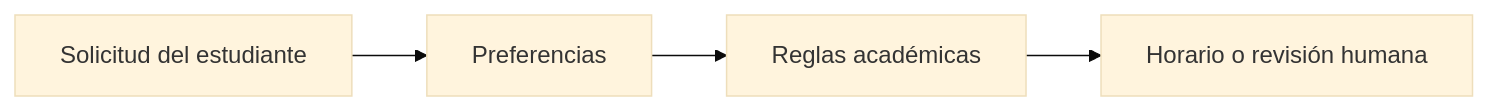
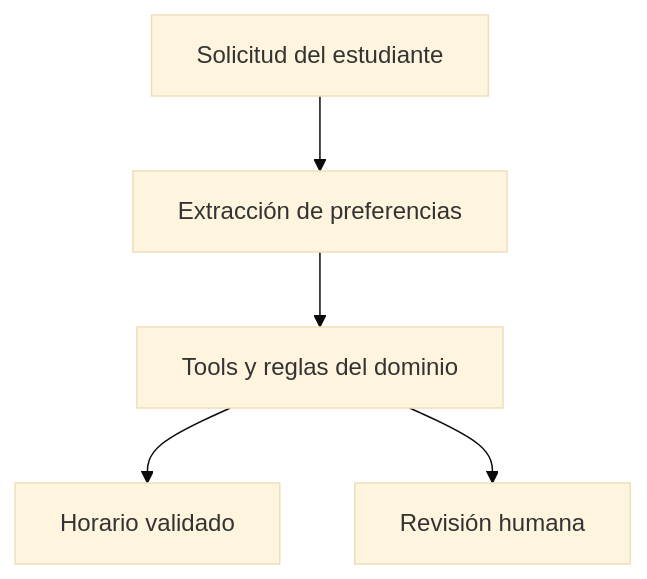
Before and after one commit to aldoapicella/utp-schedule-agent-lab: the diagram in scenarios/utp_semester_planning/spec.md, drawn with Mermaid (base theme). The commit also changed other lines of this file and 109 other files, not shown here.

````diff
--- a/scenarios/utp_semester_planning/spec.md
+++ b/scenarios/utp_semester_planning/spec.md
@@ -20,6 +36,7 @@
 ```mermaid
-flowchart LR
-  A["Solicitud del estudiante"] --> B["Preferencias"]
-  B --> C["Reglas académicas"]
-  C --> D["Horario o revisión humana"]
+flowchart TD
+  A["Solicitud del estudiante"] --> B["Extracción de preferencias"]
+  B --> C["Tools y reglas del dominio"]
+  C --> D["Horario validado"]
+  C --> E["Revisión humana"]
 ```
````
